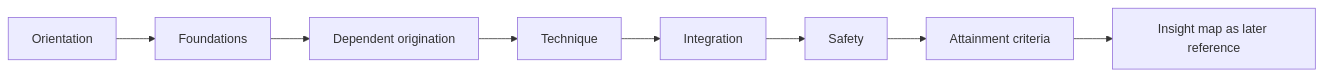
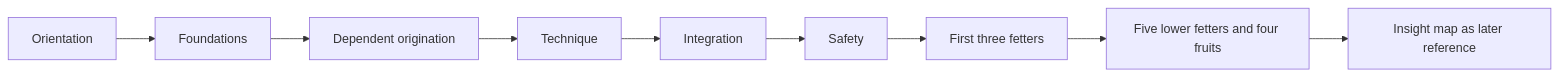
The first of 3 diagrams in book/chapters/AGENTS.md (streamentry/streamentry), drawn with Mermaid before and after one commit. The commit also changed other lines of this file and 23 other files, not shown here.

First line of the commit message:
Deepen beginner guidance on fetters and fruits (#6)

````diff
--- a/book/chapters/AGENTS.md
+++ b/book/chapters/AGENTS.md
@@ -24,4 +24,4 @@
 ```mermaid
 flowchart LR
-  A["Orientation"] --> B["Foundations"] --> C["Dependent origination"] --> D["Technique"] --> E["Integration"] --> F["Safety"] --> G["Attainment criteria"] --> H["Insight map as later reference"]
+  A["Orientation"] --> B["Foundations"] --> C["Dependent origination"] --> D["Technique"] --> E["Integration"] --> F["Safety"] --> G["First three fetters"] --> H["Five lower fetters and four fruits"] --> I["Insight map as later reference"]
 ```
````
